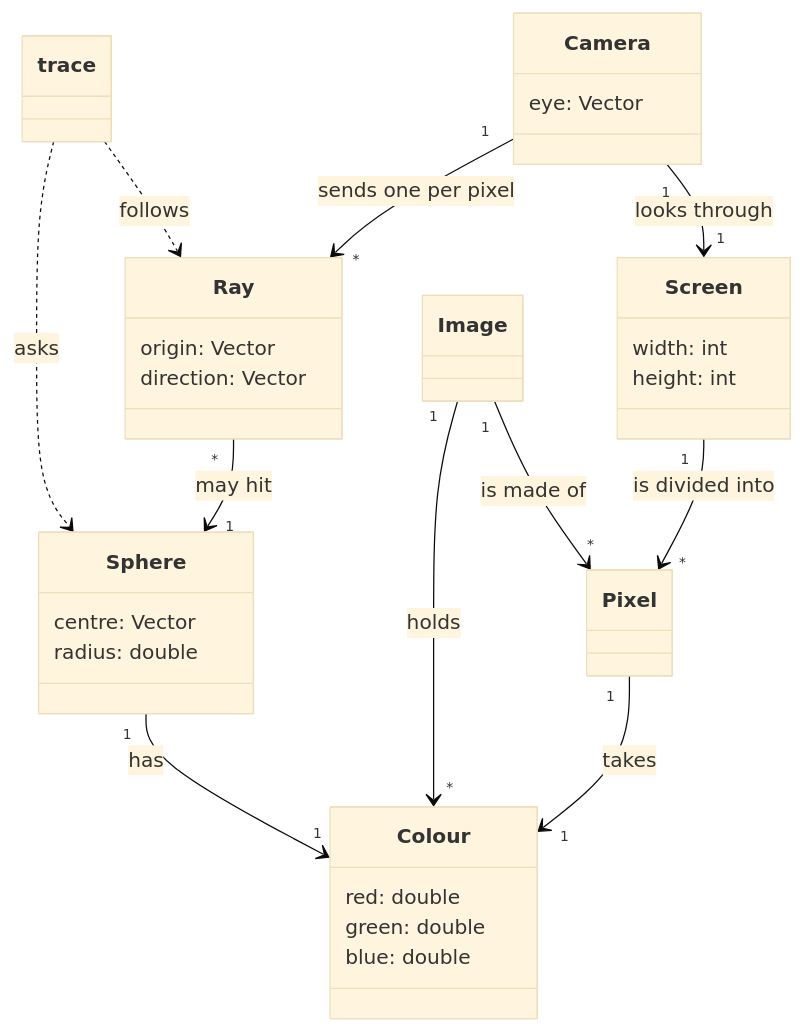
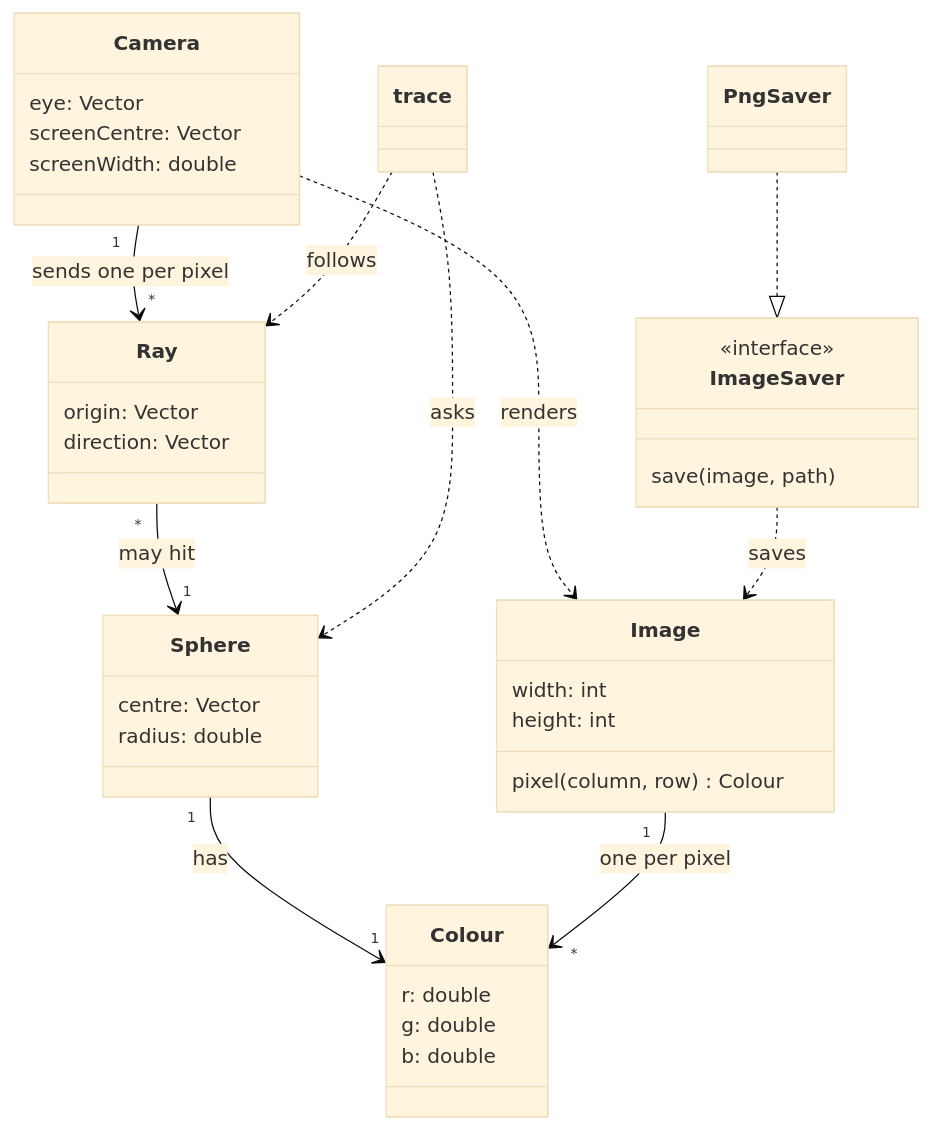
The diagram in docs/domain/domain-model.md (Makhtar99/Raytracing), drawn with Mermaid (base theme) before and after one commit. The commit also changed other lines of this file and 1 other file, not shown here.

Commit message:
Coordinates ADR and domain model

````diff
--- a/docs/domain/domain-model.md
+++ b/docs/domain/domain-model.md
@@ -7,33 +7,39 @@
 ```mermaid
 classDiagram
-    Camera "1" --> "1" Screen : looks through
-    Screen "1" --> "*" Pixel : is divided into
     Camera "1" --> "*" Ray : sends one per pixel
     Ray "*" --> "1" Sphere : may hit
     Sphere "1" --> "1" Colour : has
-    Pixel "1" --> "1" Colour : takes
-    Image "1" --> "*" Pixel : is made of
-    Image "1" --> "*" Colour : holds
+    Camera ..> Image : renders
+    Image "1" --> "*" Colour : one per pixel
+    ImageSaver ..> Image : saves
+    PngSaver ..|> ImageSaver
     trace ..> Ray : follows
     trace ..> Sphere : asks
     class Camera {
         eye: Vector
-    }
-    class Screen {
-        width: int
-        height: int
+        screenCentre: Vector
+        screenWidth: double
     }
     class Ray {
         origin: Vector
         direction: Vector
     }
     class Sphere {
         centre: Vector
         radius: double
     }
     class Colour {
-        red: double
-        green: double
-        blue: double
+        r: double
+        g: double
+        b: double
+    }
+    class Image {
+        width: int
+        height: int
+        pixel(column, row) Colour
+    }
+    class ImageSaver {
+        <<interface>>
+        save(image, path)
     }
 ```
````
